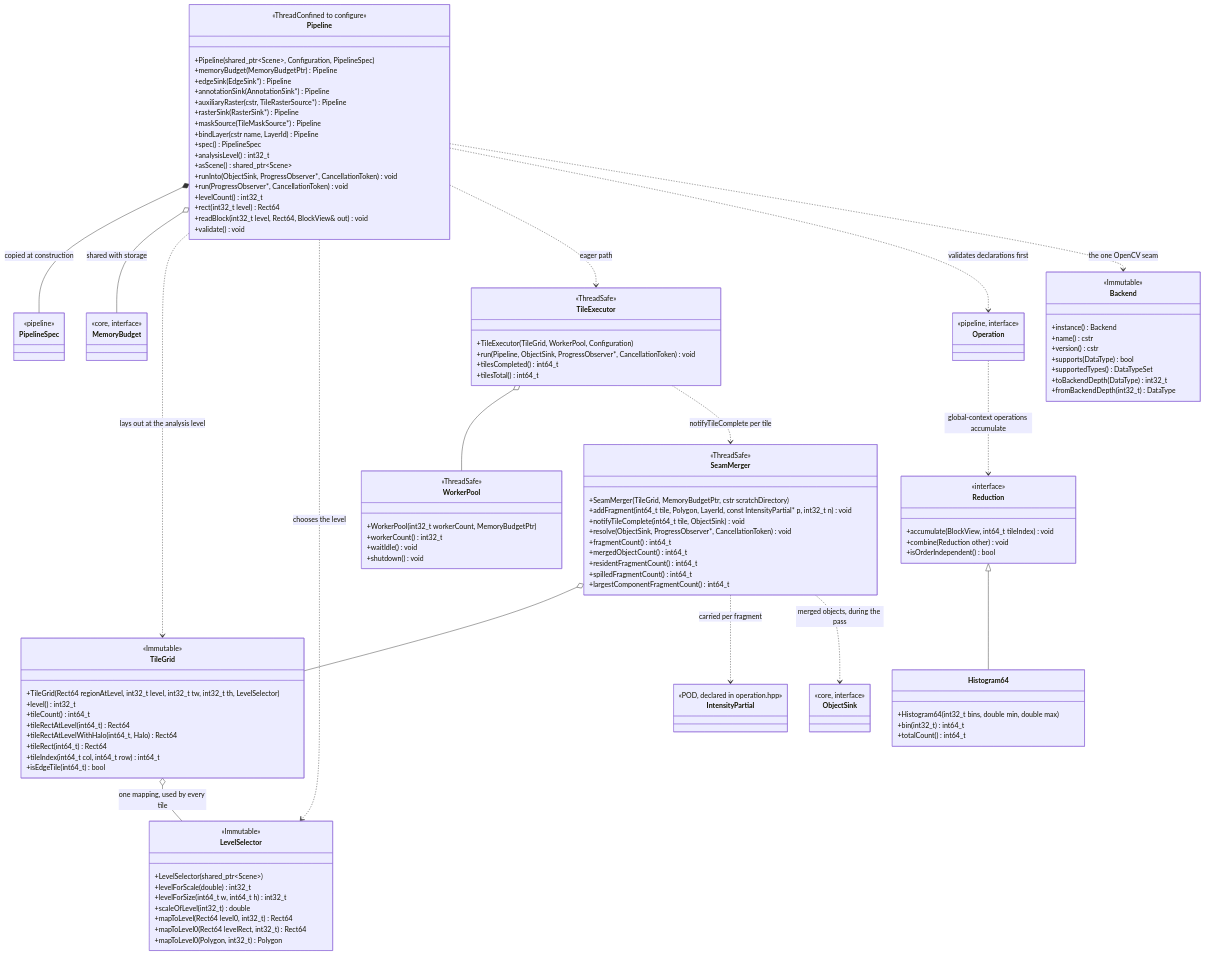
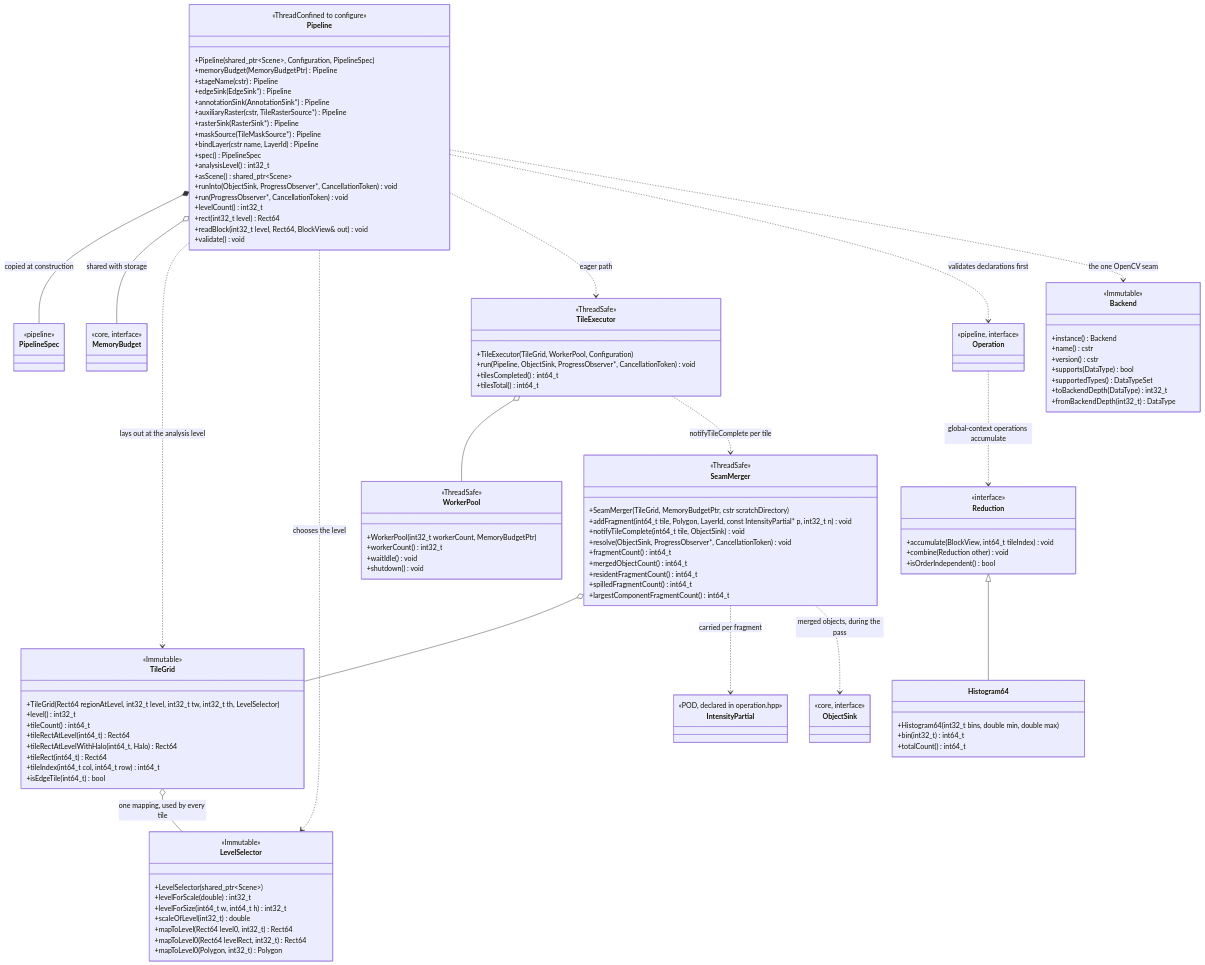
Diagram 11 of 14 in docs/superpowers/specs/sds/08-class-diagrams.md (Booritas/slideio-processor), drawn with Mermaid before and after one commit. The commit also changed other lines of this file and 31 other files, not shown here.

```diff
--- a/docs/superpowers/specs/sds/08-class-diagrams.md
+++ b/docs/superpowers/specs/sds/08-class-diagrams.md
@@ -1434,6 +1434,7 @@
         <<ThreadConfined to configure>>
         +Pipeline(shared_ptr~Scene~, Configuration, PipelineSpec)
         +memoryBudget(MemoryBudgetPtr) Pipeline
+        +stageName(cstr) Pipeline
         +edgeSink(EdgeSink*) Pipeline
         +annotationSink(AnnotationSink*) Pipeline
         +auxiliaryRaster(cstr, TileRasterSource*) Pipeline
```
